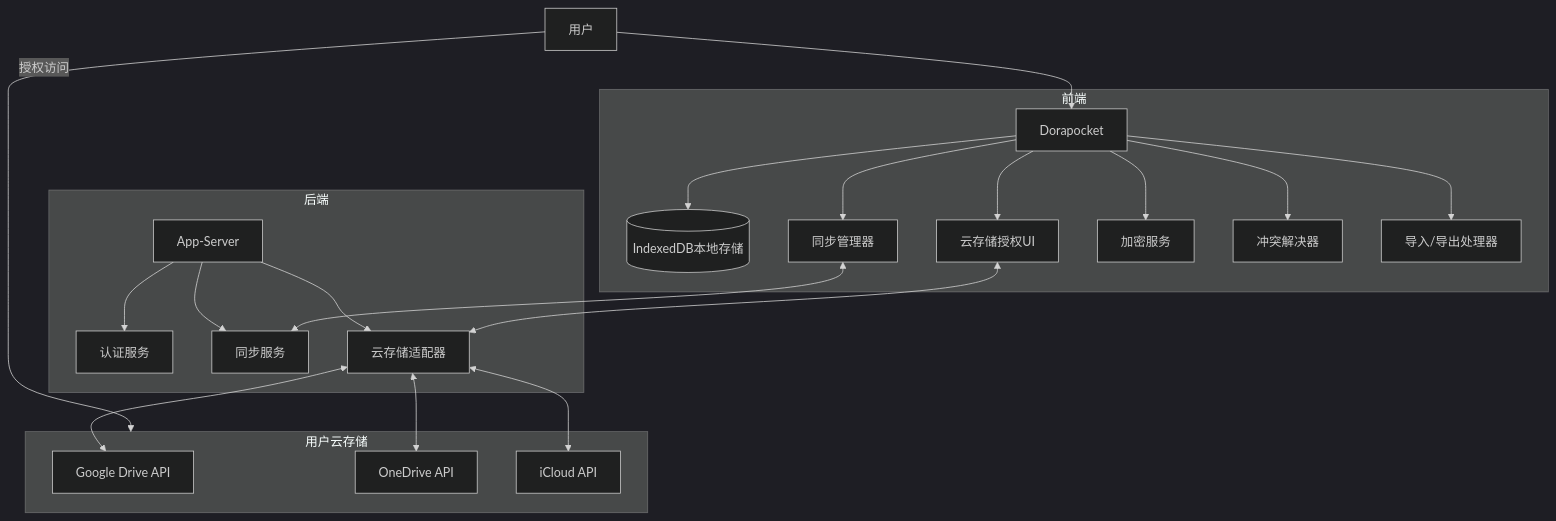
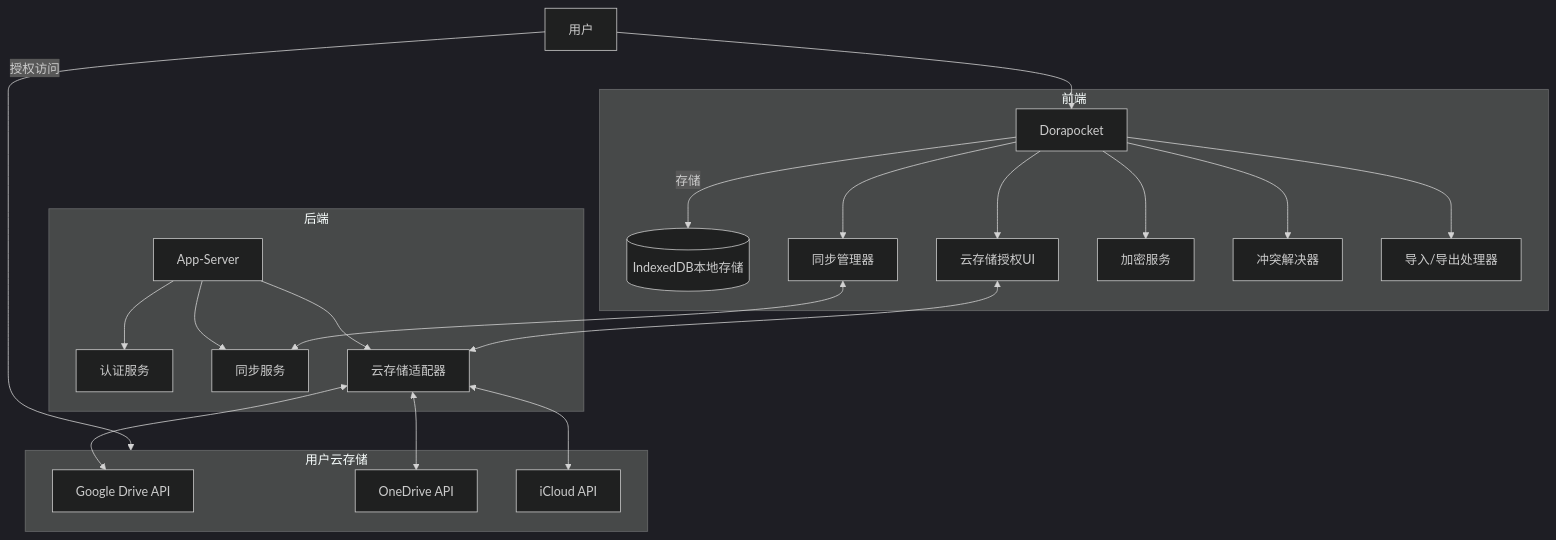
The diagram in all/未命名-34.md (yingjianzh/iodraw-files), drawn with Mermaid (dark theme) before and after one commit.

Commit message:
2025-04-17 10:48:14 update

````diff
--- a/all/未命名-34.md
+++ b/all/未命名-34.md
@@ -1,29 +1,29 @@
 ```mermaid
 flowchart TD
     User[用户] --> FrontEnd[Dorapocket]
     
     subgraph 前端
-        FrontEnd --> LocalDB[(IndexedDB本地存储)]
+        FrontEnd --> |存储|LocalDB[(IndexedDB本地存储)]
         FrontEnd --> SyncManager[同步管理器]
         FrontEnd --> CloudAuthUI[云存储授权UI]
         FrontEnd --> CryptoService[加密服务]
         FrontEnd --> ConflictResolver[冲突解决器]
         FrontEnd --> J[导入/导出处理器]
     end
     
     subgraph 后端
         AppServer[App-Server] --> AuthService[认证服务]
         AppServer --> SyncService[同步服务]
         AppServer --> CloudAdapter[云存储适配器]
     end
     
     subgraph 用户云存储
         CloudAdapter <--> GoogleDrive[Google Drive API]
         CloudAdapter <--> OneDrive[OneDrive API]
         CloudAdapter <--> iCloud[iCloud API]
     end
     
     User -- "授权访问" --> 用户云存储
     SyncManager <--> SyncService
     CloudAuthUI <--> CloudAdapter
 ```
````
